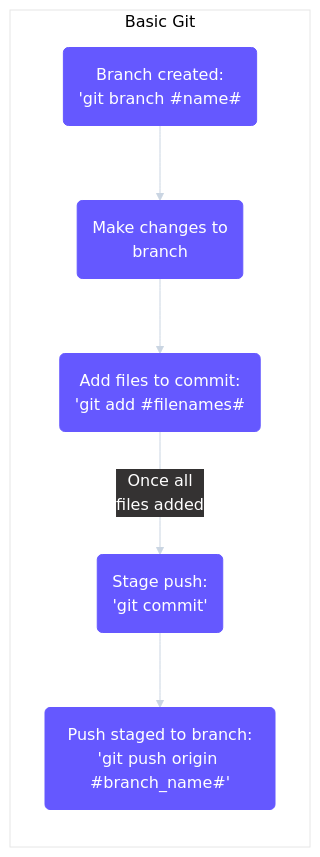
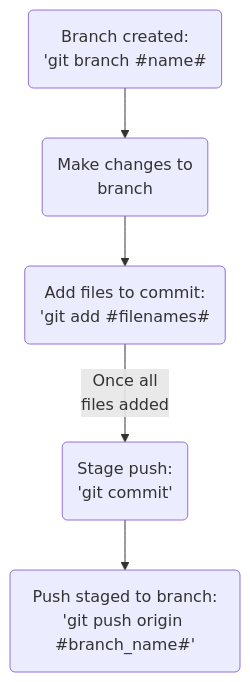
Before and after one commit to roronoaBoi/bokken: the diagram in README.md, drawn with Mermaid.

Commit message:
changing mermaid again

```diff
--- a/README.md
+++ b/README.md
@@ -21,35 +21,14 @@
 <div class="mermaid">
-%%{
-  init: {
-    'theme': 'base',
-    'themeVariables': {
-      'primaryColor': '#6558ff',
-      'primaryTextColor': '#fff',
-      'primaryBorderColor': '#6558ff',
-      'lineColor': '#cad5e2',
-      'secondaryColor': '#343232',
-      'tertiaryColor': '#fff'
-    }
-  }
-}%%
-flowchart LR 
-subgraph Basic Git
-direction TB
-%% [(Database)]
-%% (BubbleBox)
-%% [Normal Box]
-%% ([RoundedBox])
+graph TB
 A(Branch created:
 'git branch #name#)-->
 B(Make changes to
 branch)-->
 C(Add files to commit:
 'git add #filenames#)-- Once all
 files added -->
 D(Stage push:
 'git commit')-->
 E(Push staged to branch:
-'git push origin #branch_name#')
-
-end
+'git push origin #branch_name#');
 </div>
```
